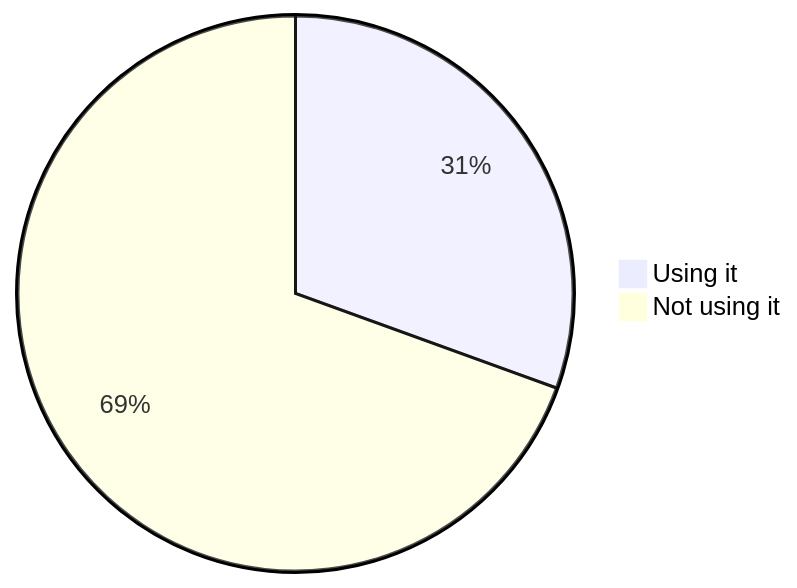
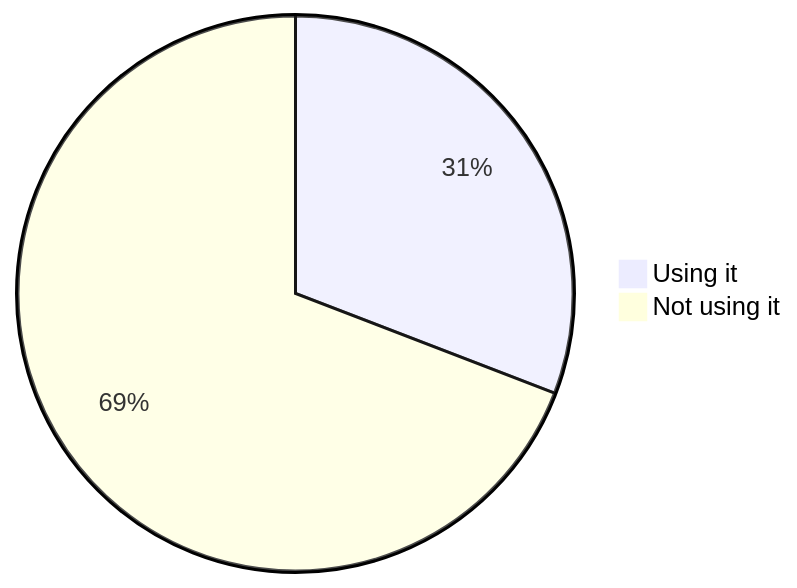
One commit to oshp/oshp-stats changed diagram 16 of 22 in stats.md. Above: the diagram before and after it, drawn with Mermaid. The commit also changed other lines of this file, not shown here.

````diff
--- a/stats.md
+++ b/stats.md
@@ -190,6 +190,6 @@
 ```mermaid
 pie
-	"Using it" : 30.53
-	"Not using it" : 69.47
+	"Using it" : 30.84
+	"Not using it" : 69.16
 
 ```
````
